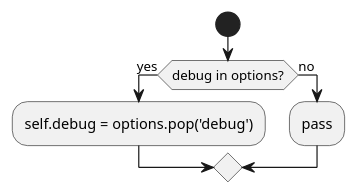
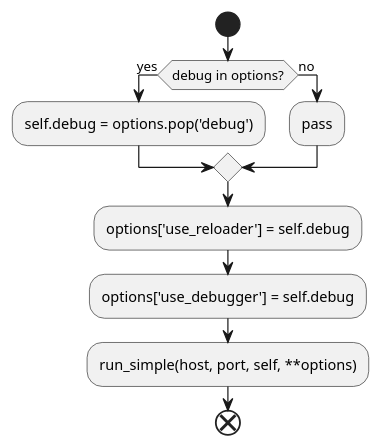
One commit to iloeng/Learning-Notes changed the diagram in Read-Code/flask/flask-0.1/uml/Flask-run.puml. Above: the diagram before and after it, drawn with PlantUML. The commit also changed 2 other files, not shown here.

Commit message:
docs: complete flask run

```diff
--- a/Read-Code/flask/flask-0.1/uml/Flask-run.puml
+++ b/Read-Code/flask/flask-0.1/uml/Flask-run.puml
@@ -1,15 +1,19 @@
 @startuml Flask 0.1
 
 ' https://www.planttext.com/
 
 start
 
 if (debug in options?) then (yes)
     :self.debug = options.pop('debug');
 else (no)
     :pass;
 endif
 
+:options['use_reloader'] = self.debug;
+:options['use_debugger'] = self.debug;
+:run_simple(host, port, self, **options);
 
+end
 
 @enduml
```
